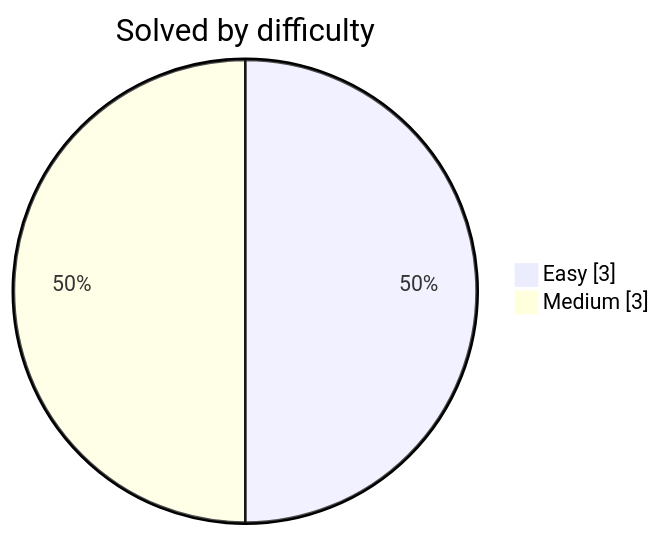
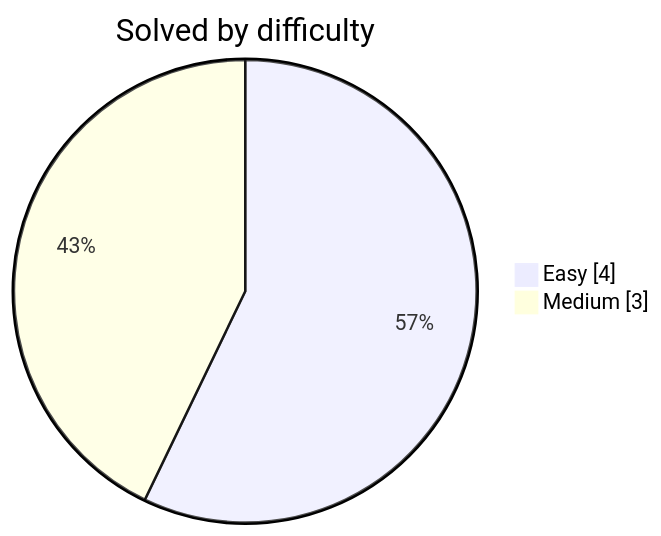
One commit to DwijeshD/leetcode-solutions changed the diagram in README.md. Above: the diagram before and after it, drawn with Mermaid. The commit also changed other lines of this file and 2 other files, not shown here.

````diff
--- a/README.md
+++ b/README.md
@@ -31,6 +31,6 @@
 ```mermaid
 pie showData
     title Solved by difficulty
-    "Easy" : 3
+    "Easy" : 4
     "Medium" : 3
 ```
````
